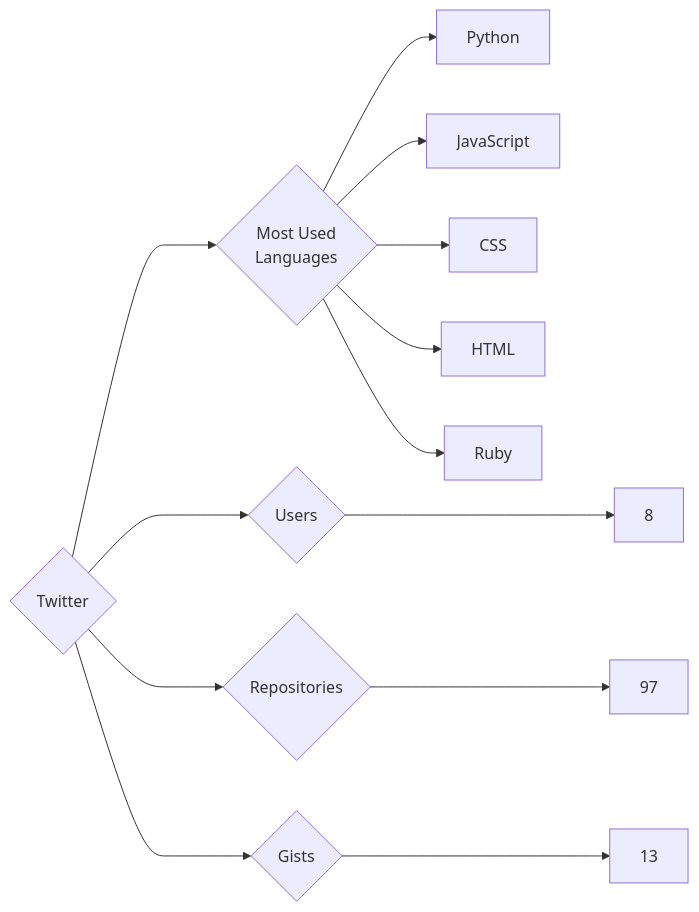
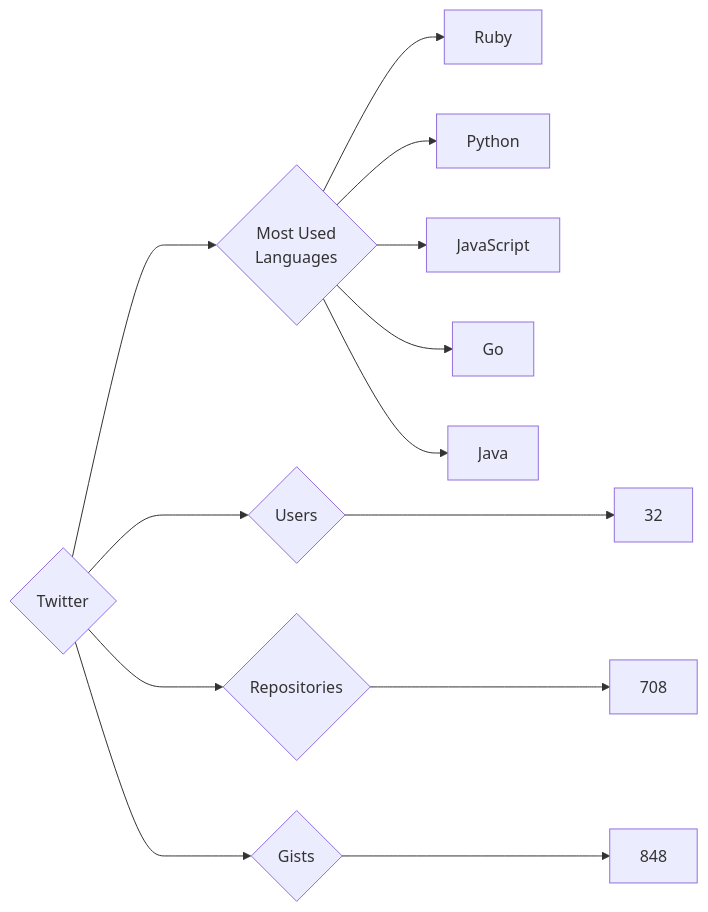
The diagram in targets/Twitter/README.md (trickest/insiders), drawn with Mermaid before and after one commit. The commit also changed 877 other files, not shown here.

````diff
--- a/targets/Twitter/README.md
+++ b/targets/Twitter/README.md
@@ -3,13 +3,13 @@
 ```mermaid
 graph LR
 COMPANY_NAME{Twitter}
-COMPANY_NAME ---> U{Users} ---> UN[8]
-COMPANY_NAME ---> R{Repositories} ---> RN[97]
-COMPANY_NAME ---> G{Gists} ---> GN[13]
+COMPANY_NAME ---> U{Users} ---> UN[32]
+COMPANY_NAME ---> R{Repositories} ---> RN[708]
+COMPANY_NAME ---> G{Gists} ---> GN[848]
 COMPANY_NAME ---> ML{Most Used<br>Languages}
+ML --> Ruby[Ruby]
 ML --> Python[Python]
 ML --> JavaScript[JavaScript]
-ML --> CSS[CSS]
-ML --> HTML[HTML]
-ML --> Ruby[Ruby]
+ML --> Go[Go]
+ML --> Java[Java]
 ```
````
